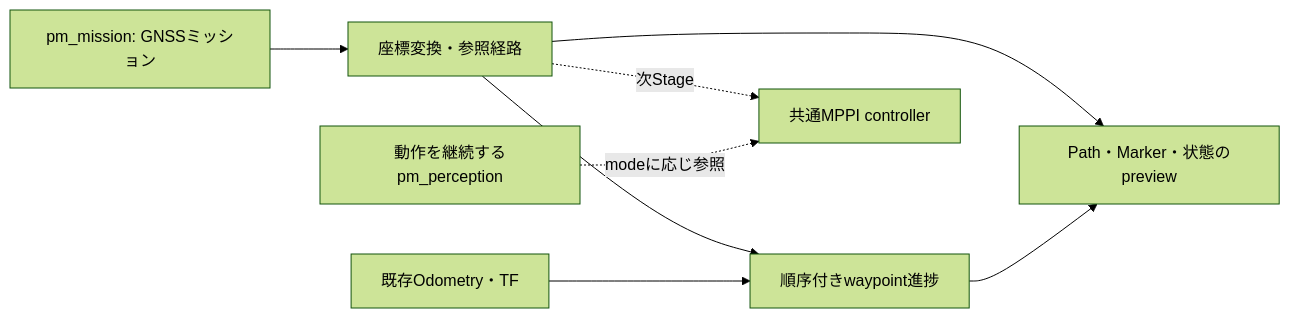
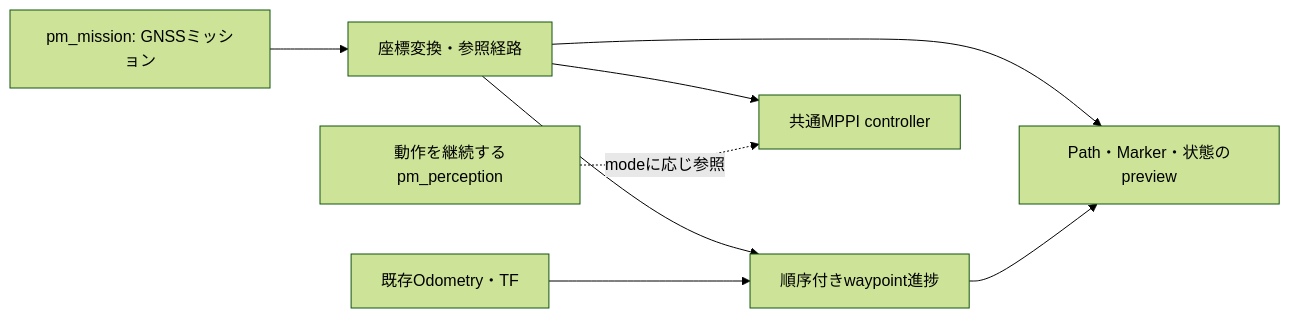
One commit to kazuho-koba/patasmonkey_ws changed the second of 2 diagrams in src/pm_planner/README.md. Above: the diagram before and after it, drawn with Mermaid (forest theme). The commit also changed other lines of this file and 26 other files, not shown here.

````diff
--- a/src/pm_planner/README.md
+++ b/src/pm_planner/README.md
@@ -181,10 +340,10 @@
 ```mermaid
 flowchart LR
   M[pm_mission: GNSSミッション] --> G[座標変換・参照経路]
   G --> P[順序付きwaypoint進捗]
   O[既存Odometry・TF] --> P
   G --> V[Path・Marker・状態のpreview]
   P --> V
-  G -. 次Stage .-> C[共通MPPI controller]
+  G --> C[共通MPPI controller]
   H[動作を継続するpm_perception] -. modeに応じ参照 .-> C
 ```
````
